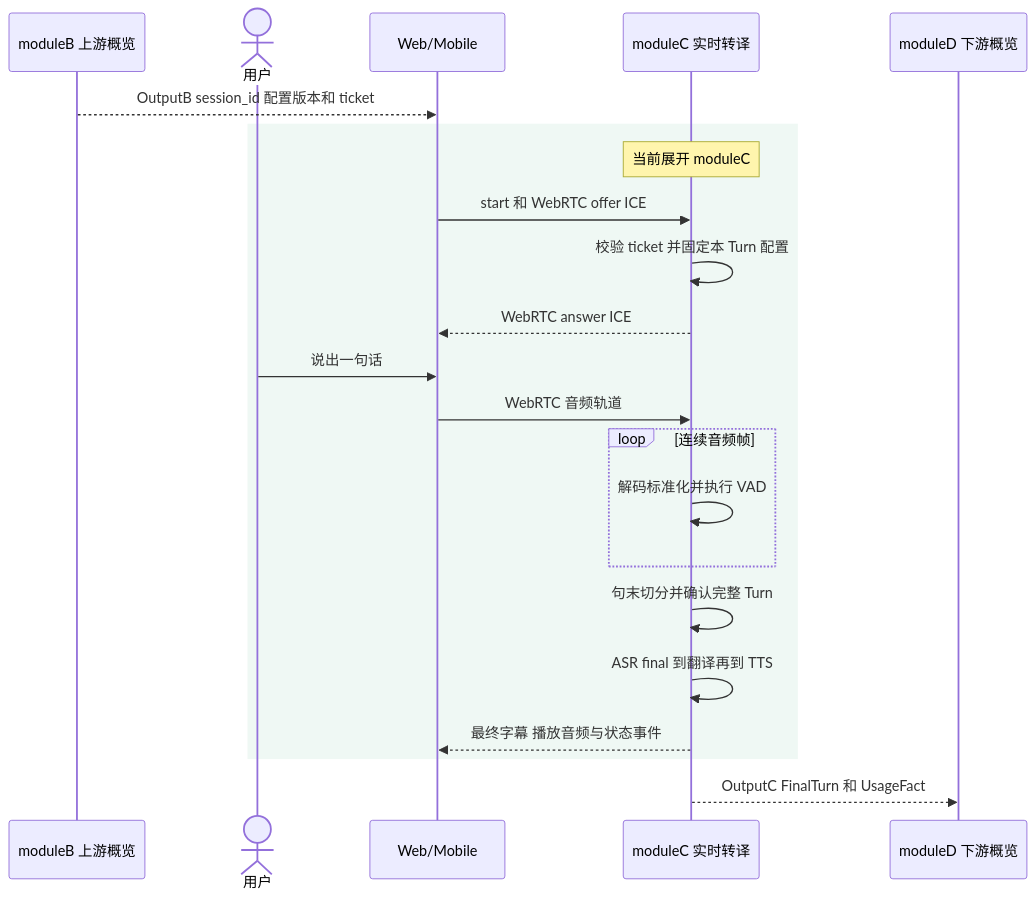
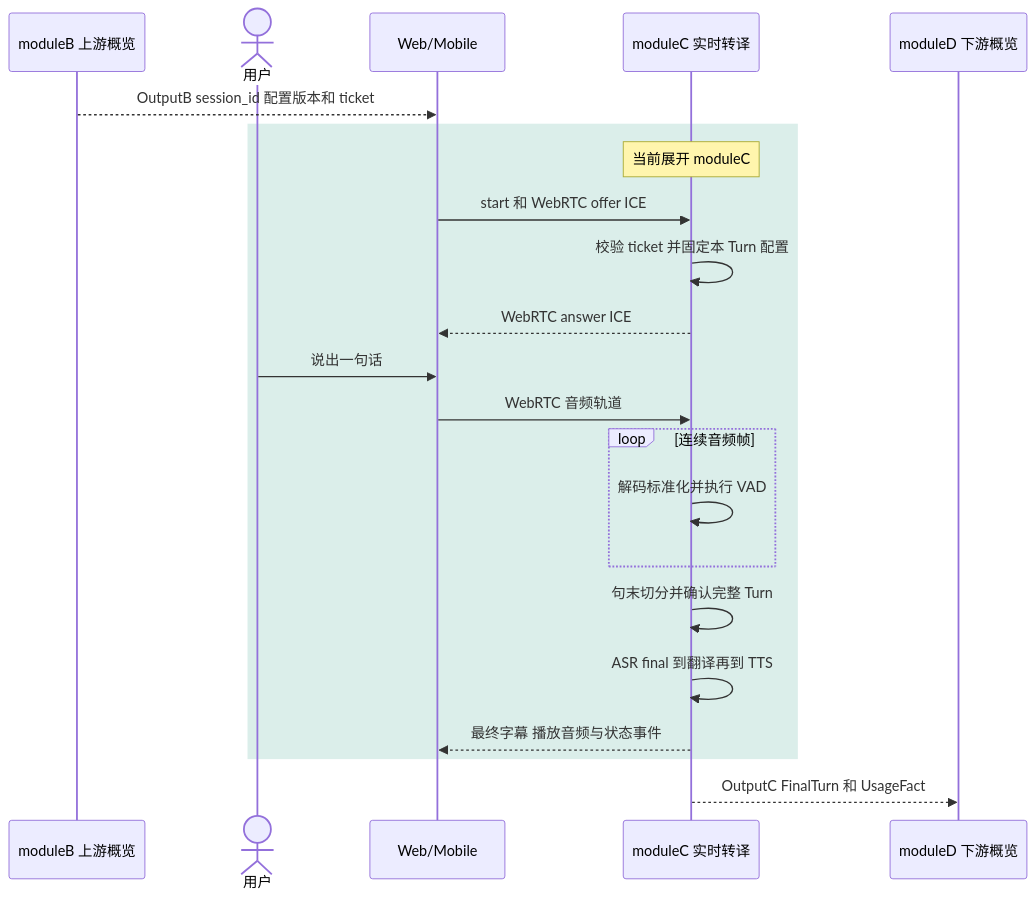
Before and after one commit to Gwen317/xe6-tsy: the fourth of 6 diagrams in docs/USER_STORY_ARCHITECTURE_FLOW.md, drawn with Mermaid. The commit also changed other lines of this file, not shown here.

Commit message:
docs(architecture): improve Mermaid dark-mode contrast

````diff
--- a/docs/USER_STORY_ARCHITECTURE_FLOW.md
+++ b/docs/USER_STORY_ARCHITECTURE_FLOW.md
@@ -169,25 +169,25 @@
 ```mermaid
 sequenceDiagram
     participant B as moduleB 上游概览
     actor User as 用户
     participant Client as Web/Mobile
     participant C as moduleC 实时转译
     participant D as moduleD 下游概览
 
     B-->>Client: OutputB session_id 配置版本和 ticket
-    rect rgb(239, 248, 244)
+    rect rgba(36, 150, 125, 0.16)
         Note over C: 当前展开 moduleC
         Client->>C: start 和 WebRTC offer ICE
         C->>C: 校验 ticket 并固定本 Turn 配置
         C-->>Client: WebRTC answer ICE
         User->>Client: 说出一句话
         Client->>C: WebRTC 音频轨道
         loop 连续音频帧
             C->>C: 解码标准化并执行 VAD
         end
         C->>C: 句末切分并确认完整 Turn
         C->>C: ASR final 到翻译再到 TTS
         C-->>Client: 最终字幕 播放音频与状态事件
     end
     C-->>D: OutputC FinalTurn 和 UsageFact
 ```
````
